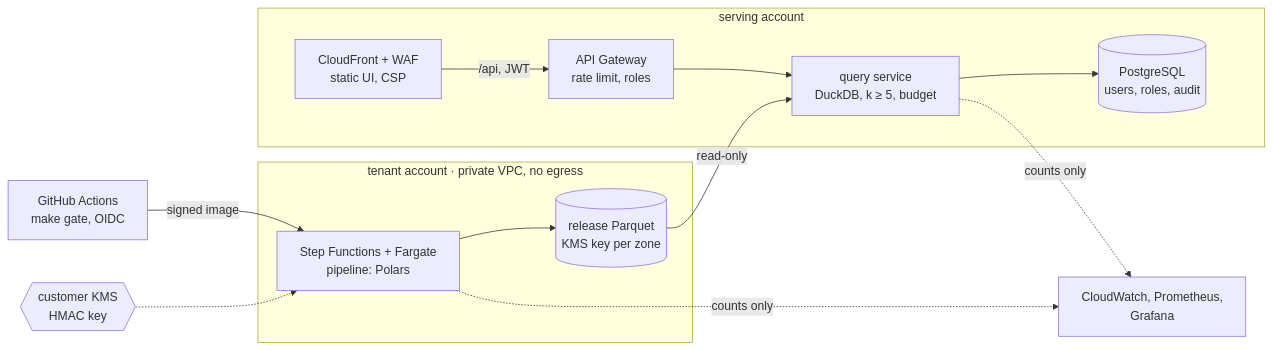
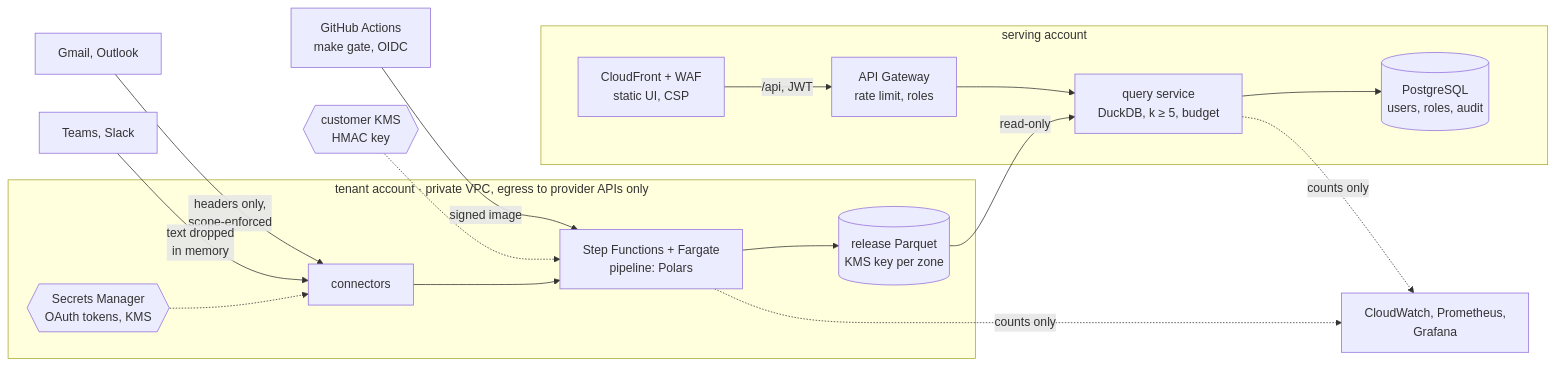
One commit to marcusvieira88/network-science changed the third of 3 diagrams in README.md. Above: the diagram before and after it, drawn with Mermaid. The commit also changed 2 other files, not shown here.

Commit message:
Docs: draw Gmail, Outlook, Teams and Slack connectors in the AWS diagrams
README step 5 and the deployment doc's target architecture now show the
four sources feeding connectors in the tenant account, with headers-only
(scope-enforced) vs text-dropped-in-memory edges. New Connectors
subsection in docs/deployment-aws.md: scopes, egress allowlist, tokens in
Secrets Manager, verified webhook receivers, rate limits.

````diff
--- a/README.md
+++ b/README.md
@@ -184,15 +184,18 @@
 ```mermaid
 flowchart LR
+    MAIL["Gmail, Outlook"] -->|"headers only,<br/>scope-enforced"| CON
+    CHAT["Teams, Slack"] -->|"text dropped<br/>in memory"| CON
     CI["GitHub Actions<br/>make gate, OIDC"] -->|signed image| SFN
     KMS{{"customer KMS<br/>HMAC key"}} -.-> SFN
-    subgraph W["tenant account · private VPC, no egress"]
-        SFN["Step Functions + Fargate<br/>pipeline: Polars"] --> REL[("release Parquet<br/>KMS key per zone")]
+    subgraph W["tenant account · private VPC, egress to provider APIs only"]
+        SM{{"Secrets Manager<br/>OAuth tokens, KMS"}} -.-> CON["connectors"]
+        CON --> SFN["Step Functions + Fargate<br/>pipeline: Polars"] --> REL[("release Parquet<br/>KMS key per zone")]
     end
     subgraph SV["serving account"]
         CF["CloudFront + WAF<br/>static UI, CSP"] -->|"/api, JWT"| API["API Gateway<br/>rate limit, roles"] --> Q["query service<br/>DuckDB, k ≥ 5, budget"]
         Q --> PG[("PostgreSQL<br/>users, roles, audit")]
     end
     REL -->|read-only| Q
     OBS["CloudWatch, Prometheus,<br/>Grafana"]
     SFN & Q -.->|counts only| OBS
 ```
````
